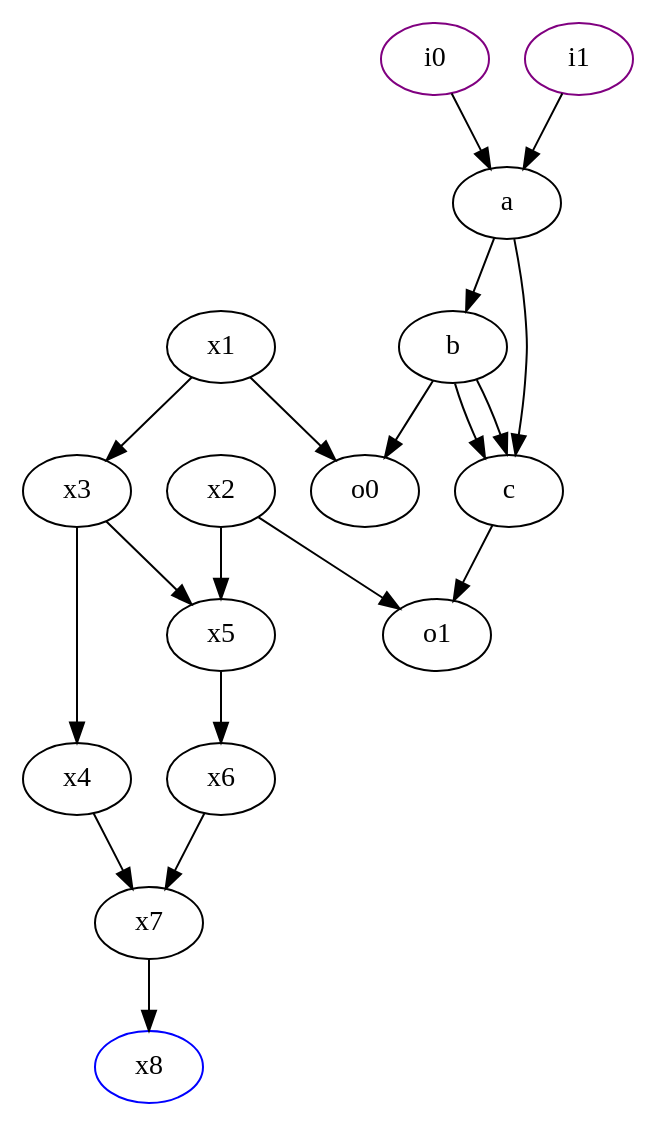
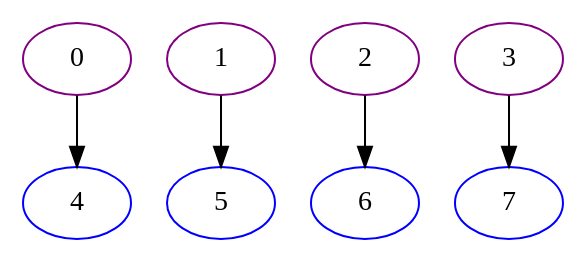
One commit to LSCRSL/Graph changed the diagram in graph.dot. Above: the diagram before and after it, drawn with Graphviz. The commit also changed 4 other files, not shown here.

```diff
--- a/graph.dot
+++ b/graph.dot
@@ -1,35 +1,14 @@
 digraph G{
-7 [label=x3, color=black];
-8 [label=x4, color=black];
-9 [label=x5, color=black];
-10 [label=x6, color=black];
-11 [label=x7, color=black];
-17 [label=x1, color=black];
-18 [label=x2, color=black];
-27 [label=x8, color=blue];
-0 [label=a, color=black];
-1 [label=b, color=black];
-2 [label=c, color=black];
-3 [label=i0, color=purple];
-4 [label=i1, color=purple];
-5 [label=o0, color=black];
-6 [label=o1, color=black];
-7 -> 8;
-7 -> 9;
-8 -> 11;
-9 -> 10;
-10 -> 11;
-11 -> 27;
-17 -> 7;
-17 -> 5;
-18 -> 9;
-18 -> 6;
-0 -> 1;
-0 -> 2;
-1 -> 2;
-1 -> 2;
+0 [label=0, color=purple];
+4 [label=4, color=blue];
+1 [label=1, color=purple];
+5 [label=5, color=blue];
+2 [label=2, color=purple];
+6 [label=6, color=blue];
+3 [label=3, color=purple];
+7 [label=7, color=blue];
+0 -> 4;
 1 -> 5;
 2 -> 6;
-3 -> 0;
-4 -> 0;
+3 -> 7;
 }
```
